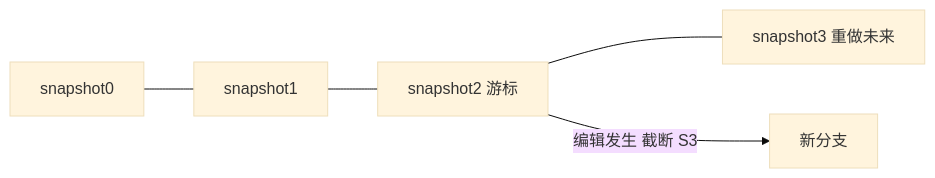
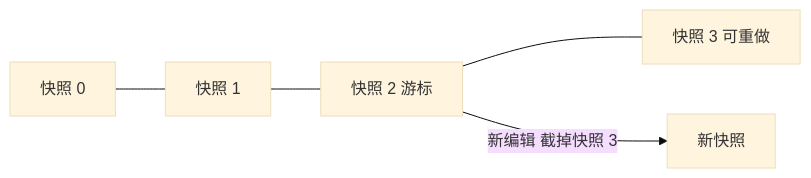
The fifth of 6 diagrams in book/06-llm-space.md (diguike/book-source-reading), drawn with Mermaid (base theme) before and after one commit. The commit also changed other lines of this file and 10 other files, not shown here.

````diff
--- a/book/06-llm-space.md
+++ b/book/06-llm-space.md
@@ -686,5 +624,5 @@
 ```mermaid
 graph LR
-    S0[snapshot0] --- S1[snapshot1] --- S2[snapshot2 游标] --- S3[snapshot3 重做未来]
-    S2 -->|编辑发生 截断 S3| NEW[新分支]
+    S0[快照 0] --- S1[快照 1] --- S2[快照 2 游标] --- S3[快照 3 可重做]
+    S2 -->|新编辑 截掉快照 3| NEW[新快照]
 ```
````
